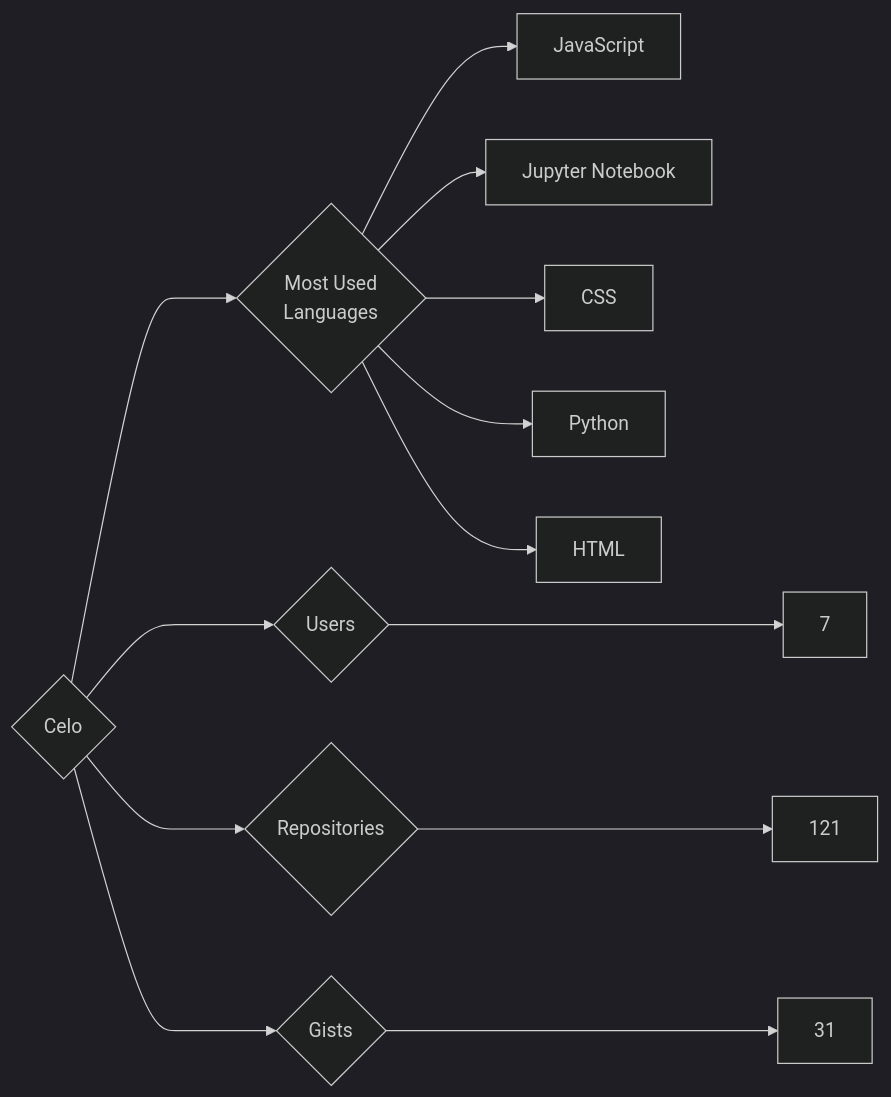
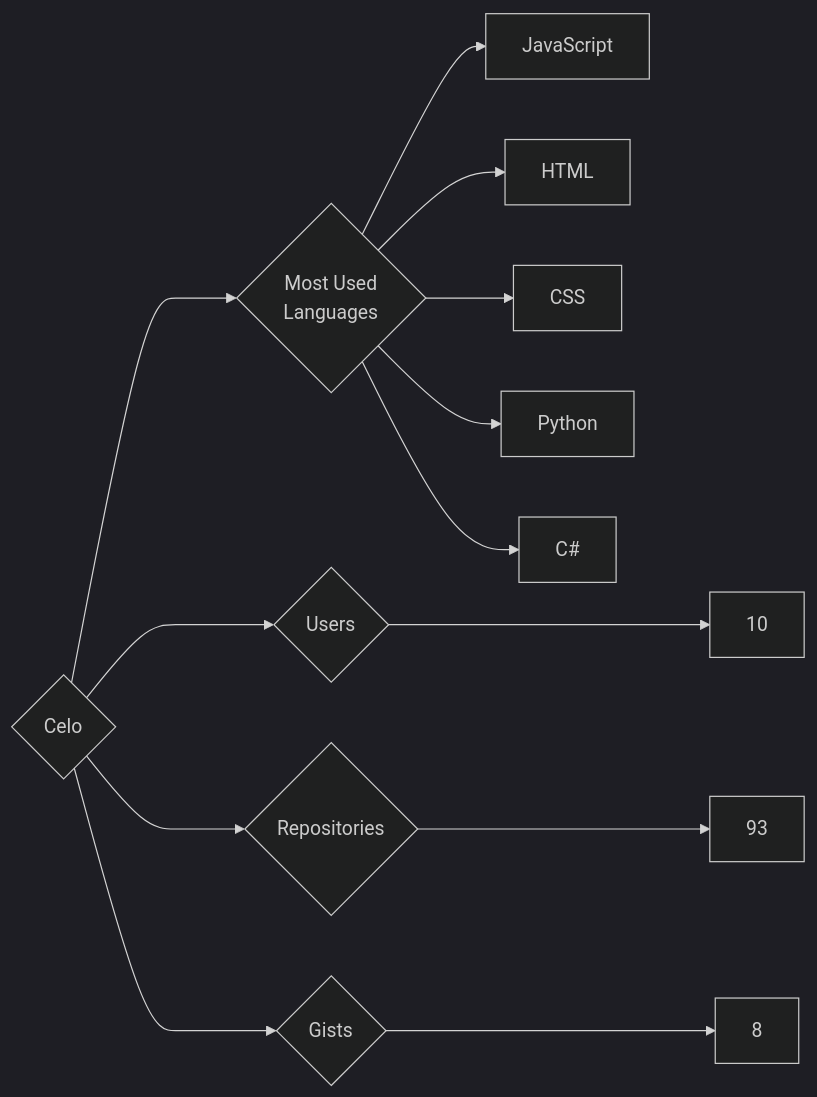
The diagram in targets/Celo/README.md (trickest/insiders), drawn with Mermaid (dark theme) before and after one commit. The commit also changed 845 other files, not shown here.

````diff
--- a/targets/Celo/README.md
+++ b/targets/Celo/README.md
@@ -3,13 +3,13 @@
 ```mermaid
 graph LR
 COMPANY_NAME{Celo}
-COMPANY_NAME ---> U{Users} ---> UN[7]
-COMPANY_NAME ---> R{Repositories} ---> RN[121]
-COMPANY_NAME ---> G{Gists} ---> GN[31]
+COMPANY_NAME ---> U{Users} ---> UN[10]
+COMPANY_NAME ---> R{Repositories} ---> RN[93]
+COMPANY_NAME ---> G{Gists} ---> GN[8]
 COMPANY_NAME ---> ML{Most Used<br>Languages}
 ML --> JavaScript[JavaScript]
-ML --> Jupyter_Notebook[Jupyter Notebook]
+ML --> HTML[HTML]
 ML --> CSS[CSS]
 ML --> Python[Python]
-ML --> HTML[HTML]
+ML --> C#[C#]
 ```
````
